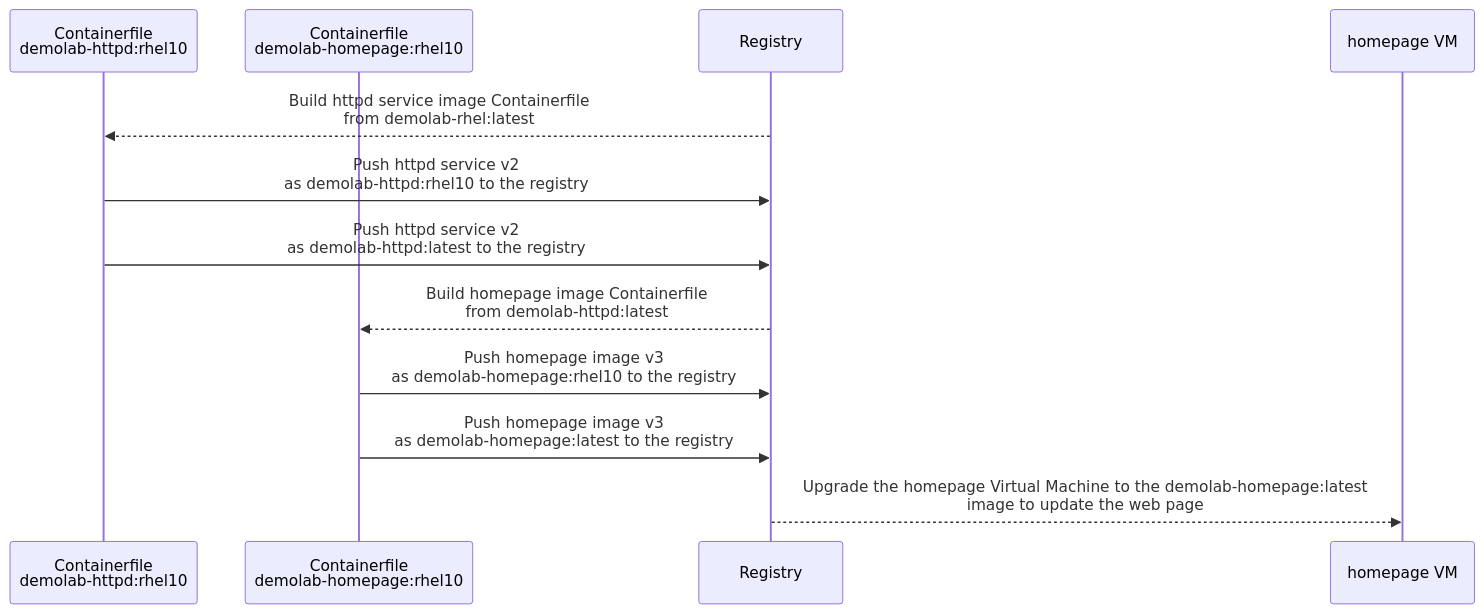
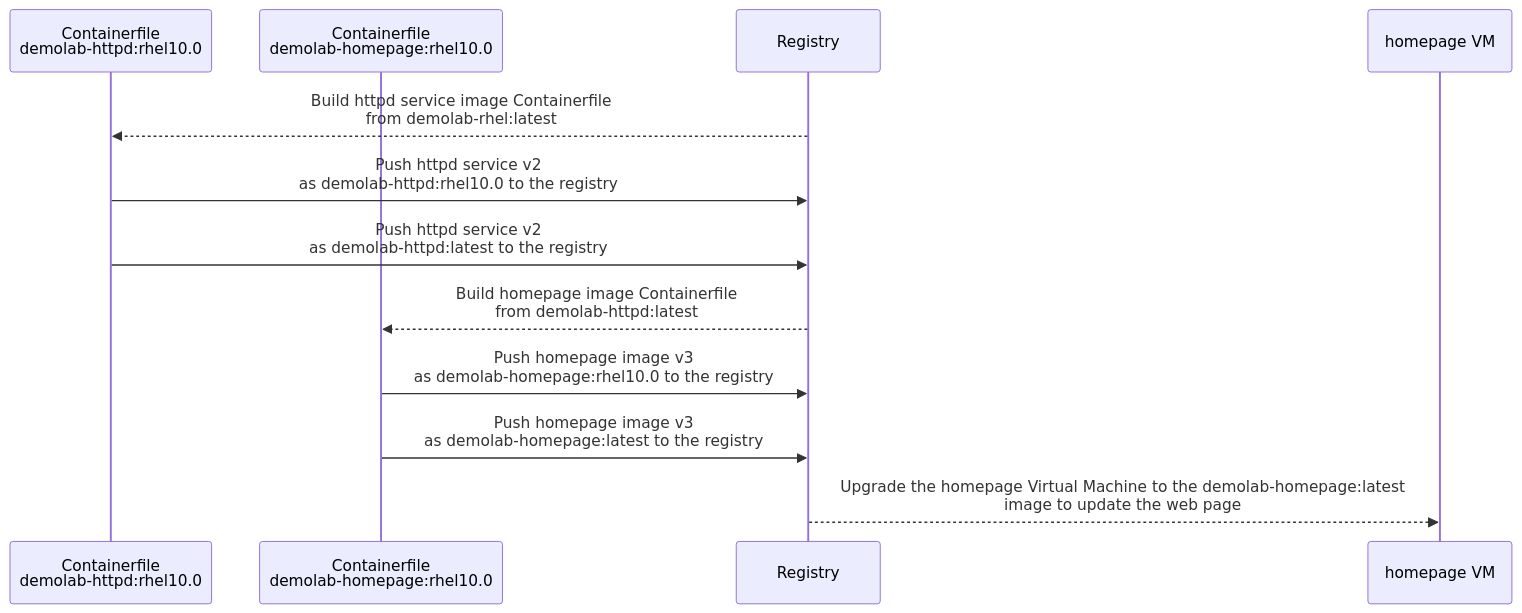
One commit to jvdbreggen/imagemodedemo changed the tenth of 11 diagrams in README.md. Above: the diagram before and after it, drawn with Mermaid. The commit also changed other lines of this file, not shown here.

Commit message:
New diagrams, fix errors and add more comments

````diff
--- a/README.md
+++ b/README.md
@@ -599,17 +723,17 @@
 ```mermaid
 sequenceDiagram
     %% Actors
-    participant containerfile_httpd_1 as Containerfile<br/>demolab-httpd:rhel10
-    participant containerfile_homepage_1 as Containerfile<br/>demolab-homepage:rhel10
+    participant containerfile_httpd_1 as Containerfile<br/>demolab-httpd:rhel10.0
+    participant containerfile_homepage_1 as Containerfile<br/>demolab-homepage:rhel10.0
     participant registry as Registry
     participant homepage_vm_1 as homepage VM
 
     %% httpd VM Creation workflow
     registry-->>containerfile_httpd_1: Build httpd service image Containerfile<br/>from demolab-rhel:latest
-    containerfile_httpd_1->>registry: Push httpd service v2<br/>as demolab-httpd:rhel10 to the registry
+    containerfile_httpd_1->>registry: Push httpd service v2<br/>as demolab-httpd:rhel10.0 to the registry
     containerfile_httpd_1->>registry: Push httpd service v2<br/>as demolab-httpd:latest to the registry
     registry-->>containerfile_homepage_1: Build homepage image Containerfile<br/>from demolab-httpd:latest
-    containerfile_homepage_1->>registry: Push homepage image v3<br/>as demolab-homepage:rhel10 to the registry
+    containerfile_homepage_1->>registry: Push homepage image v3<br/>as demolab-homepage:rhel10.0 to the registry
     containerfile_homepage_1->>registry: Push homepage image v3<br/>as demolab-homepage:latest to the registry
     registry-->>homepage_vm_1: Upgrade the homepage Virtual Machine to the demolab-homepage:latest <br/>image to update the web page
 ```
````
